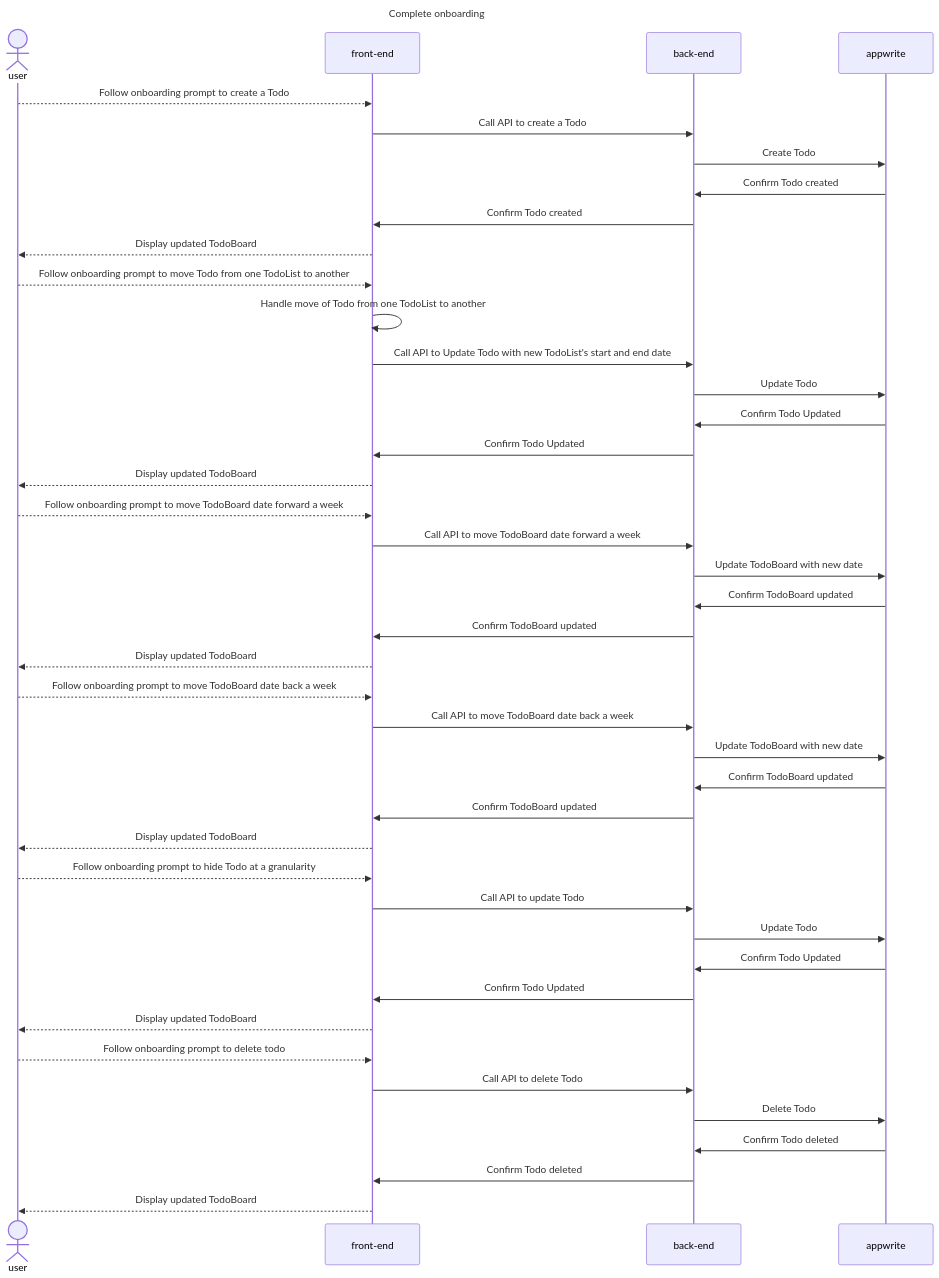
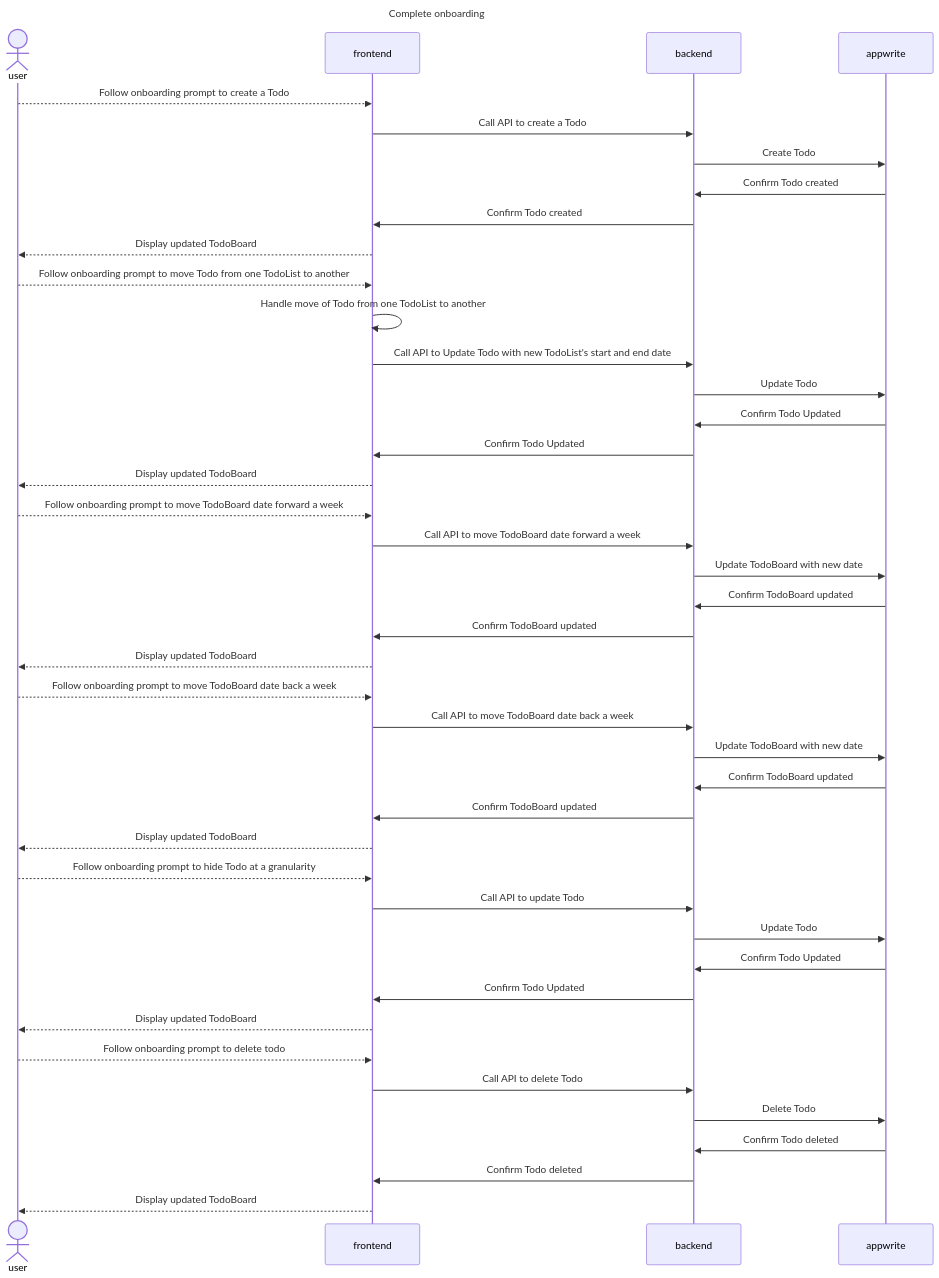
Before and after one commit to colinfwren/atomic-todo: the fourth of 6 diagrams in docs/user-flows/account/flows/creating-an-account.md, drawn with Mermaid. The commit also changed other lines of this file and 36 other files, not shown here.

Commit message:
Adding diagrams for user flows

````diff
--- a/docs/user-flows/account/flows/creating-an-account.md
+++ b/docs/user-flows/account/flows/creating-an-account.md
@@ -102,53 +103,53 @@
 ```mermaid
 ---
 title: Complete onboarding
 ---
 sequenceDiagram
     actor user
-    participant front-end
-    participant back-end
+    participant frontend
+    participant backend
     participant appwrite
 
-    user-->>front-end: Follow onboarding prompt to create a Todo
-    front-end->>back-end: Call API to create a Todo
-    back-end->>appwrite: Create Todo
-    appwrite->>back-end: Confirm Todo created
-    back-end->>front-end: Confirm Todo created
-    front-end-->>user: Display updated TodoBoard
+    user-->>frontend: Follow onboarding prompt to create a Todo
+    frontend->>backend: Call API to create a Todo
+    backend->>appwrite: Create Todo
+    appwrite->>backend: Confirm Todo created
+    backend->>frontend: Confirm Todo created
+    frontend-->>user: Display updated TodoBoard
 
-    user-->>front-end: Follow onboarding prompt to move Todo from one TodoList to another
-    front-end->>front-end: Handle move of Todo from one TodoList to another
-    front-end->>back-end: Call API to Update Todo with new TodoList's start and end date
-    back-end->>appwrite: Update Todo
-    appwrite->>back-end: Confirm Todo Updated
-    back-end->>front-end: Confirm Todo Updated
-    front-end-->>user: Display updated TodoBoard
+    user-->>frontend: Follow onboarding prompt to move Todo from one TodoList to another
+    frontend->>frontend: Handle move of Todo from one TodoList to another
+    frontend->>backend: Call API to Update Todo with new TodoList's start and end date
+    backend->>appwrite: Update Todo
+    appwrite->>backend: Confirm Todo Updated
+    backend->>frontend: Confirm Todo Updated
+    frontend-->>user: Display updated TodoBoard
 
-    user-->>front-end: Follow onboarding prompt to move TodoBoard date forward a week
-    front-end->>back-end: Call API to move TodoBoard date forward a week
-    back-end->>appwrite: Update TodoBoard with new date
-    appwrite->>back-end: Confirm TodoBoard updated
-    back-end->>front-end: Confirm TodoBoard updated
-    front-end-->>user: Display updated TodoBoard
+    user-->>frontend: Follow onboarding prompt to move TodoBoard date forward a week
+    frontend->>backend: Call API to move TodoBoard date forward a week
+    backend->>appwrite: Update TodoBoard with new date
+    appwrite->>backend: Confirm TodoBoard updated
+    backend->>frontend: Confirm TodoBoard updated
+    frontend-->>user: Display updated TodoBoard
 
-    user-->>front-end: Follow onboarding prompt to move TodoBoard date back a week
-    front-end->>back-end: Call API to move TodoBoard date back a week
-    back-end->>appwrite: Update TodoBoard with new date
-    appwrite->>back-end: Confirm TodoBoard updated
-    back-end->>front-end: Confirm TodoBoard updated
-    front-end-->>user: Display updated TodoBoard
+    user-->>frontend: Follow onboarding prompt to move TodoBoard date back a week
+    frontend->>backend: Call API to move TodoBoard date back a week
+    backend->>appwrite: Update TodoBoard with new date
+    appwrite->>backend: Confirm TodoBoard updated
+    backend->>frontend: Confirm TodoBoard updated
+    frontend-->>user: Display updated TodoBoard
 
-    user-->>front-end: Follow onboarding prompt to hide Todo at a granularity
-    front-end->>back-end: Call API to update Todo
-    back-end->>appwrite: Update Todo
-    appwrite->>back-end: Confirm Todo Updated
-    back-end->>front-end: Confirm Todo Updated
-    front-end-->>user: Display updated TodoBoard
+    user-->>frontend: Follow onboarding prompt to hide Todo at a granularity
+    frontend->>backend: Call API to update Todo
+    backend->>appwrite: Update Todo
+    appwrite->>backend: Confirm Todo Updated
+    backend->>frontend: Confirm Todo Updated
+    frontend-->>user: Display updated TodoBoard
 
-    user-->>front-end: Follow onboarding prompt to delete todo
-    front-end->>back-end: Call API to delete Todo
-    back-end->>appwrite: Delete Todo
-    appwrite->>back-end: Confirm Todo deleted
-    back-end->>front-end: Confirm Todo deleted
-    front-end-->>user: Display updated TodoBoard
+    user-->>frontend: Follow onboarding prompt to delete todo
+    frontend->>backend: Call API to delete Todo
+    backend->>appwrite: Delete Todo
+    appwrite->>backend: Confirm Todo deleted
+    backend->>frontend: Confirm Todo deleted
+    frontend-->>user: Display updated TodoBoard
 ```
````
